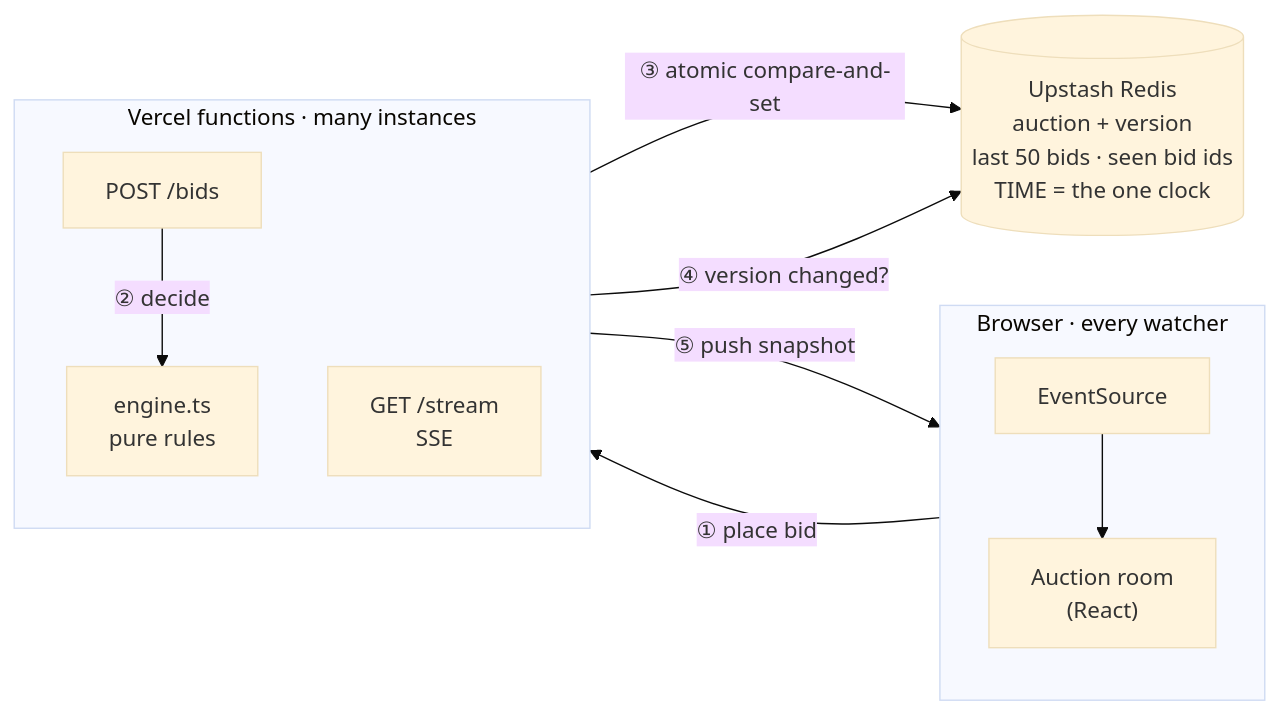
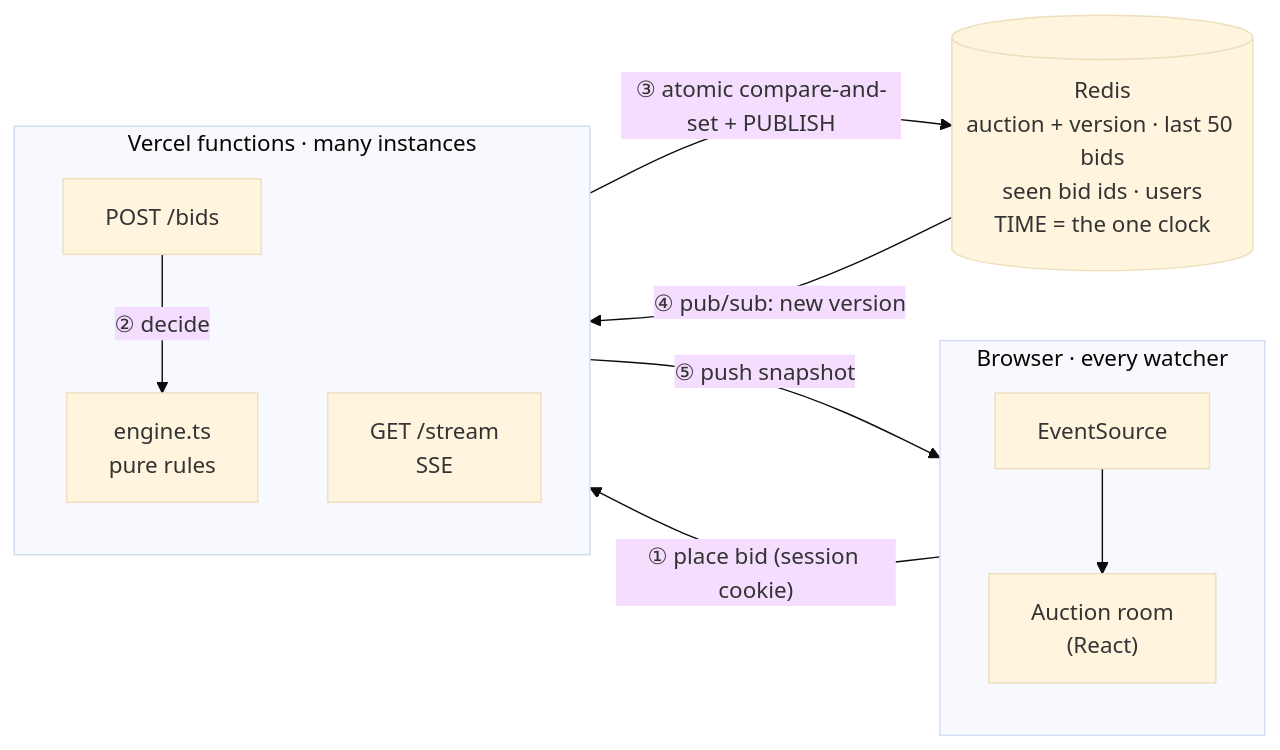
Before and after one commit to Sandipxg/Live-Auction-platform: the first of 5 diagrams in docs/ARCHITECTURE.md, drawn with Mermaid (base theme). The commit also changed other lines of this file and 8 other files, not shown here.

First line of the commit message:
docs: v0.2 — Redis pub/sub and auth in architecture, decisions, tasks

````diff
--- a/docs/ARCHITECTURE.md
+++ b/docs/ARCHITECTURE.md
@@ -17,22 +18,22 @@
 ```mermaid
 flowchart LR
   subgraph Browser["Browser · every watcher"]
     direction TB
     UI["Auction room<br/>(React)"]
     ES["EventSource"]
   end
   subgraph Vercel["Vercel functions · many instances"]
     direction TB
     API["POST /bids"]
     ENG["engine.ts<br/>pure rules"]
     SSE["GET /stream<br/>SSE"]
   end
-  R[("Upstash Redis<br/>auction + version<br/>last 50 bids · seen bid ids<br/>TIME = the one clock")]
+  R[("Redis<br/>auction + version · last 50 bids<br/>seen bid ids · users<br/>TIME = the one clock")]
 
-  UI -- "① place bid" --> API
+  UI -- "① place bid (session cookie)" --> API
   API -- "② decide" --> ENG
-  API -- "③ atomic compare-and-set" --> R
-  SSE -- "④ version changed?" --> R
+  API -- "③ atomic compare-and-set + PUBLISH" --> R
+  R -- "④ pub/sub: new version" --> SSE
   SSE -- "⑤ push snapshot" --> ES
   ES --> UI
 ```
````
